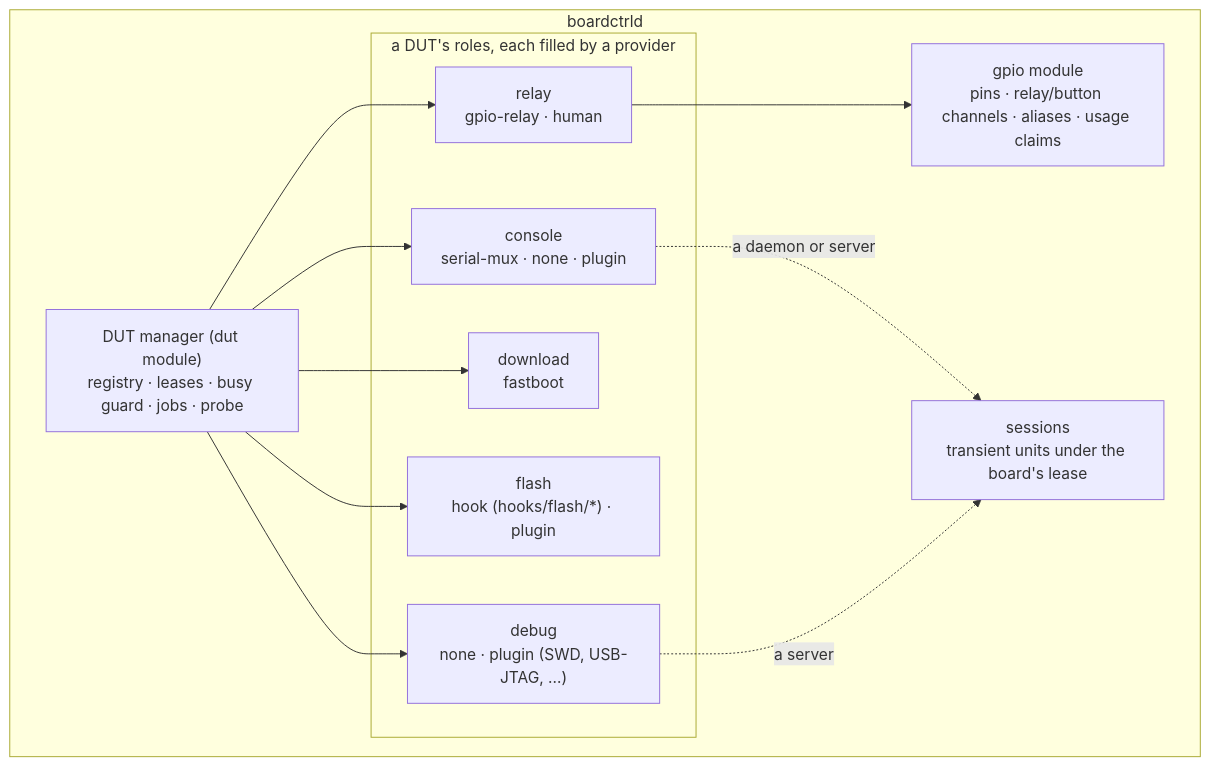
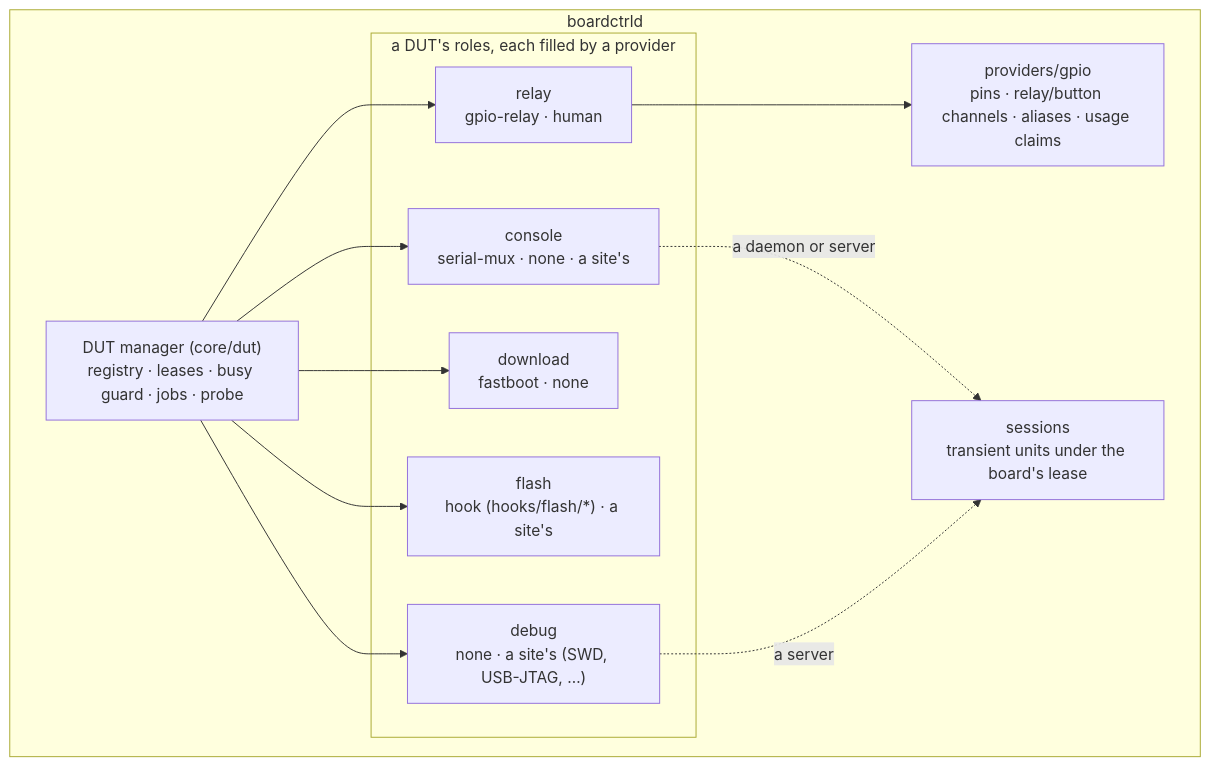
The second of 4 diagrams in docs/architecture.md (rzbdz/boardctrl), drawn with Mermaid before and after one commit. The commit also changed other lines of this file and 17 other files, not shown here.

````diff
--- a/docs/architecture.md
+++ b/docs/architecture.md
@@ -47,19 +68,19 @@
 ```mermaid
 flowchart TB
   subgraph hostd["boardctrld"]
-    dutm["DUT manager (dut module)<br/>registry · leases · busy guard · jobs · probe"]
+    dutm["DUT manager (core/dut)<br/>registry · leases · busy guard · jobs · probe"]
     subgraph roles["a DUT's roles, each filled by a provider"]
       relay["relay<br/>gpio-relay · human"]
-      console["console<br/>serial-mux · none · plugin"]
-      download["download<br/>fastboot"]
-      flash["flash<br/>hook (hooks/flash/*) · plugin"]
-      debug["debug<br/>none · plugin (SWD, USB-JTAG, …)"]
+      console["console<br/>serial-mux · none · a site's"]
+      download["download<br/>fastboot · none"]
+      flash["flash<br/>hook (hooks/flash/*) · a site's"]
+      debug["debug<br/>none · a site's (SWD, USB-JTAG, …)"]
     end
-    gpio["gpio module<br/>pins · relay/button channels · aliases · usage claims"]
+    gpio["providers/gpio<br/>pins · relay/button channels · aliases · usage claims"]
     sess["sessions<br/>transient units under the board's lease"]
     dutm --> relay & console & download & flash & debug
     relay --> gpio
     console -. "a daemon or server" .-> sess
     debug -. "a server" .-> sess
   end
 ```
````
